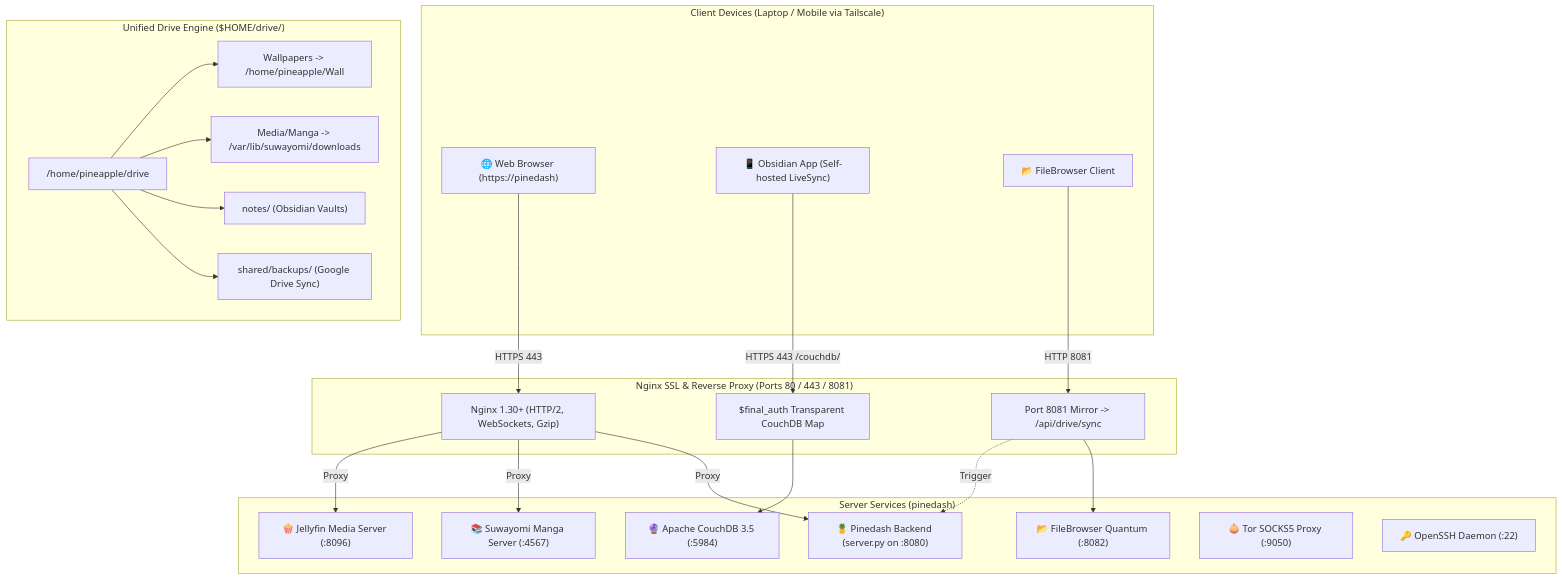
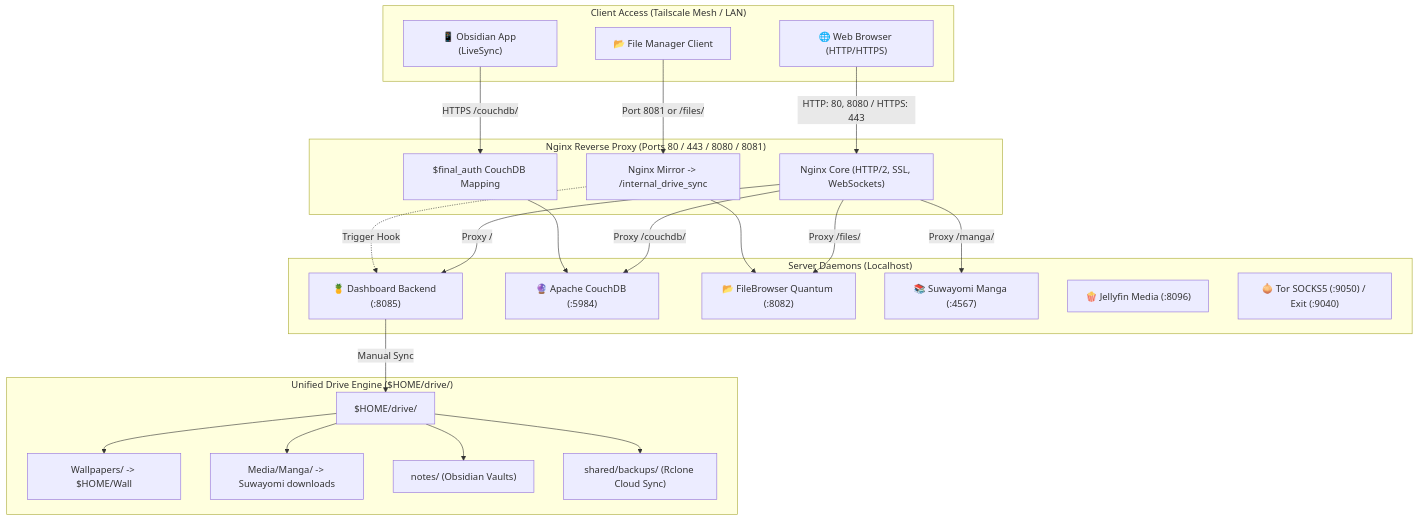
Before and after one commit to T1n777/Tinarchy: the diagram in README.md, drawn with Mermaid. The commit also changed other lines of this file, not shown here.

Commit message:
docs: update README with clear and concise instructions, accurate paths, and architecture

````diff
--- a/README.md
+++ b/README.md
@@ -56,46 +60,47 @@
 ```mermaid
 flowchart TD
-    subgraph Client ["Client Devices (Laptop / Mobile via Tailscale)"]
-        Browser["🌐 Web Browser (https://pinedash)"]
-        ObsidianApp["📱 Obsidian App (Self-hosted LiveSync)"]
-        FileApp["📂 FileBrowser Client"]
+    subgraph Clients ["Client Access (Tailscale Mesh / LAN)"]
+        Browser["🌐 Web Browser (HTTP/HTTPS)"]
+        Obsidian["📱 Obsidian App (LiveSync)"]
+        FileClient["📂 File Manager Client"]
     end
 
-    subgraph NginxProxy ["Nginx SSL & Reverse Proxy (Ports 80 / 443 / 8081)"]
-        NginxCore["Nginx 1.30+ (HTTP/2, WebSockets, Gzip)"]
-        AuthMap["$final_auth Transparent CouchDB Map"]
-        SyncMirror["Port 8081 Mirror -> /api/drive/sync"]
+    subgraph NginxProxy ["Nginx Reverse Proxy (Ports 80 / 443 / 8080 / 8081)"]
+        Nginx["Nginx Core (HTTP/2, SSL, WebSockets)"]
+        AuthMap["$final_auth CouchDB Mapping"]
+        SyncMirror["Nginx Mirror -> /internal_drive_sync"]
     end
 
-    subgraph BackendServices ["Server Services (pinedash)"]
-        PyDash["🍍 Pinedash Backend (server.py on :8080)"]
-        CouchDB["🔮 Apache CouchDB 3.5 (:5984)"]
+    subgraph Backend ["Server Daemons (Localhost)"]
+        Dashboard["🍍 Dashboard Backend (:8085)"]
+        CouchDB["🔮 Apache CouchDB (:5984)"]
         FileBrowser["📂 FileBrowser Quantum (:8082)"]
-        Suwayomi["📚 Suwayomi Manga Server (:4567)"]
-        Jellyfin["🍿 Jellyfin Media Server (:8096)"]
-        Tor["🧅 Tor SOCKS5 Proxy (:9050)"]
-        SSHD["🔑 OpenSSH Daemon (:22)"]
+        Suwayomi["📚 Suwayomi Manga (:4567)"]
+        Jellyfin["🍿 Jellyfin Media (:8096)"]
+        Tor["🧅 Tor SOCKS5 (:9050) / Exit (:9040)"]
     end
 
     subgraph Storage ["Unified Drive Engine ($HOME/drive/)"]
-        DriveRoot["/home/pineapple/drive"]
-        Wallpapers["Wallpapers -> /home/pineapple/Wall"]
-        Manga["Media/Manga -> /var/lib/suwayomi/downloads"]
+        DriveRoot["$HOME/drive/"]
+        Wallpapers["Wallpapers/ -> $HOME/Wall"]
+        Manga["Media/Manga/ -> Suwayomi downloads"]
         Notes["notes/ (Obsidian Vaults)"]
-        Backups["shared/backups/ (Google Drive Sync)"]
+        Backups["shared/backups/ (Rclone Cloud Sync)"]
     end
 
-    Browser -->|HTTPS 443| NginxCore
-    ObsidianApp -->|HTTPS 443 /couchdb/| AuthMap --> CouchDB
-    FileApp -->|HTTP 8081| SyncMirror --> FileBrowser
-    SyncMirror -.->|Trigger| PyDash
+    Browser -->|HTTP: 80, 8080 / HTTPS: 443| Nginx
+    Obsidian -->|HTTPS /couchdb/| AuthMap --> CouchDB
+    FileClient -->|Port 8081 or /files/| SyncMirror --> FileBrowser
+    SyncMirror -.->|Trigger Hook| Dashboard
 
-    NginxCore -->|Proxy| PyDash
-    NginxCore -->|Proxy| Suwayomi
-    NginxCore -->|Proxy| Jellyfin
+    Nginx -->|Proxy /| Dashboard
+    Nginx -->|Proxy /files/| FileBrowser
+    Nginx -->|Proxy /manga/| Suwayomi
+    Nginx -->|Proxy /couchdb/| CouchDB
 
+    Dashboard -->|Manual Sync| DriveRoot
     DriveRoot --> Wallpapers
     DriveRoot --> Manga
     DriveRoot --> Notes
     DriveRoot --> Backups
 ```
````
